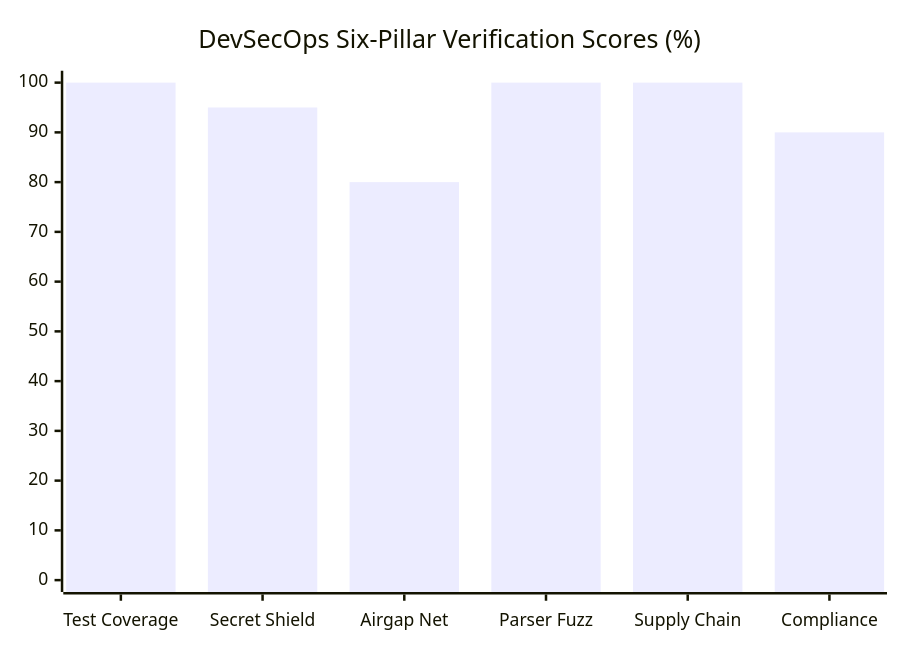
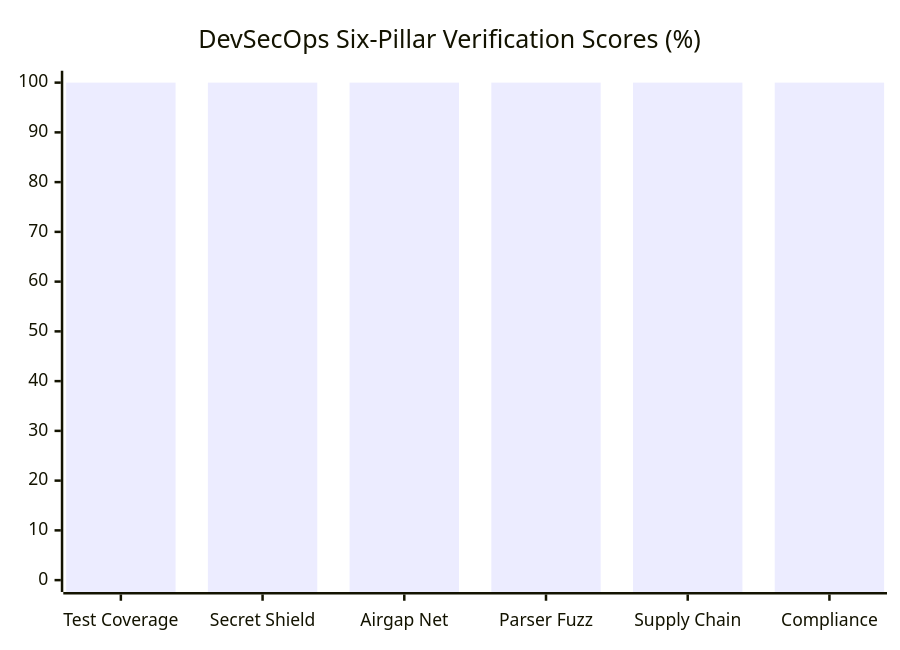
Before and after one commit to ATP0925/devsupersuite: the diagram in services/reports/live_security_posture_dashboard.md, drawn with Mermaid. The commit also changed other lines of this file and 74 other files, not shown here.

````diff
--- a/services/reports/live_security_posture_dashboard.md
+++ b/services/reports/live_security_posture_dashboard.md
@@ -26,7 +26,7 @@
 ```mermaid
 xychart-beta
     title "DevSecOps Six-Pillar Verification Scores (%)"
     x-axis ["Test Coverage", "Secret Shield", "Airgap Net", "Parser Fuzz", "Supply Chain", "Compliance"]
     y-axis 0 --> 100
-    bar [100.0, 95.0, 80.0, 100.0, 100.0, 90.0]
+    bar [100.0, 100.0, 100.0, 100.0, 100.0, 100.0]
 ```
````
